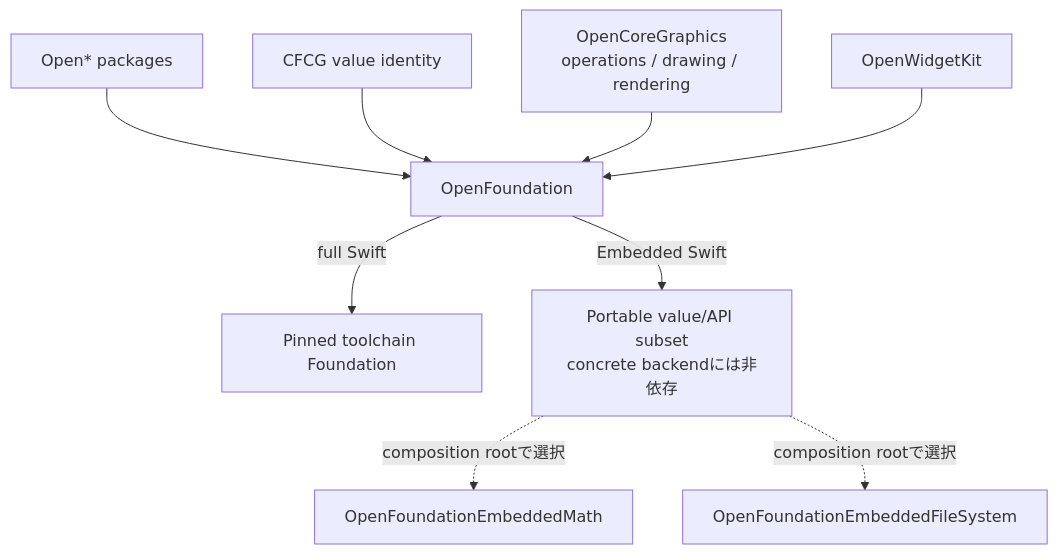
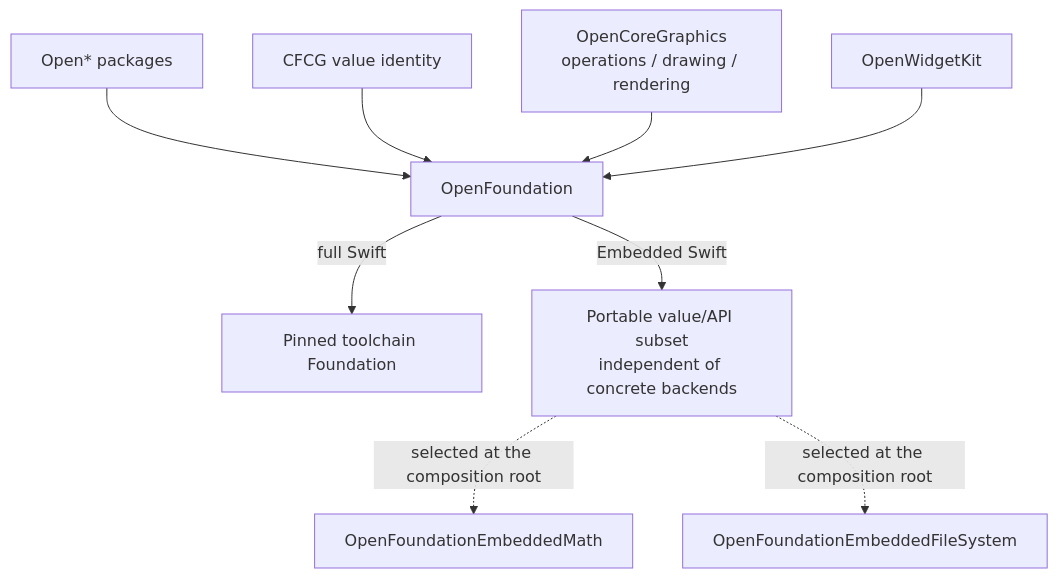
Before and after one commit to 1amageek/OpenFoundation: the diagram in README.md, drawn with Mermaid. The commit also changed other lines of this file, not shown here.

````diff
--- a/README.md
+++ b/README.md
@@ -27,12 +31,12 @@
 ```mermaid
 flowchart TD
     Packages["Open* packages"] --> OF["OpenFoundation"]
     OF -->|"full Swift"| Foundation["Pinned toolchain Foundation"]
-    OF -->|"Embedded Swift"| Portable["Portable value/API subset<br/>concrete backendには非依存"]
-    Portable -.->|"composition rootで選択"| Math["OpenFoundationEmbeddedMath"]
-    Portable -.->|"composition rootで選択"| FileSystem["OpenFoundationEmbeddedFileSystem"]
+    OF -->|"Embedded Swift"| Portable["Portable value/API subset<br/>independent of concrete backends"]
+    Portable -.->|"selected at the composition root"| Math["OpenFoundationEmbeddedMath"]
+    Portable -.->|"selected at the composition root"| FileSystem["OpenFoundationEmbeddedFileSystem"]
 
     Geometry["CFCG value identity"] --> OF
     OCG["OpenCoreGraphics<br/>operations / drawing / rendering"] --> OF
     Widget["OpenWidgetKit"] --> OF
 ```
````
